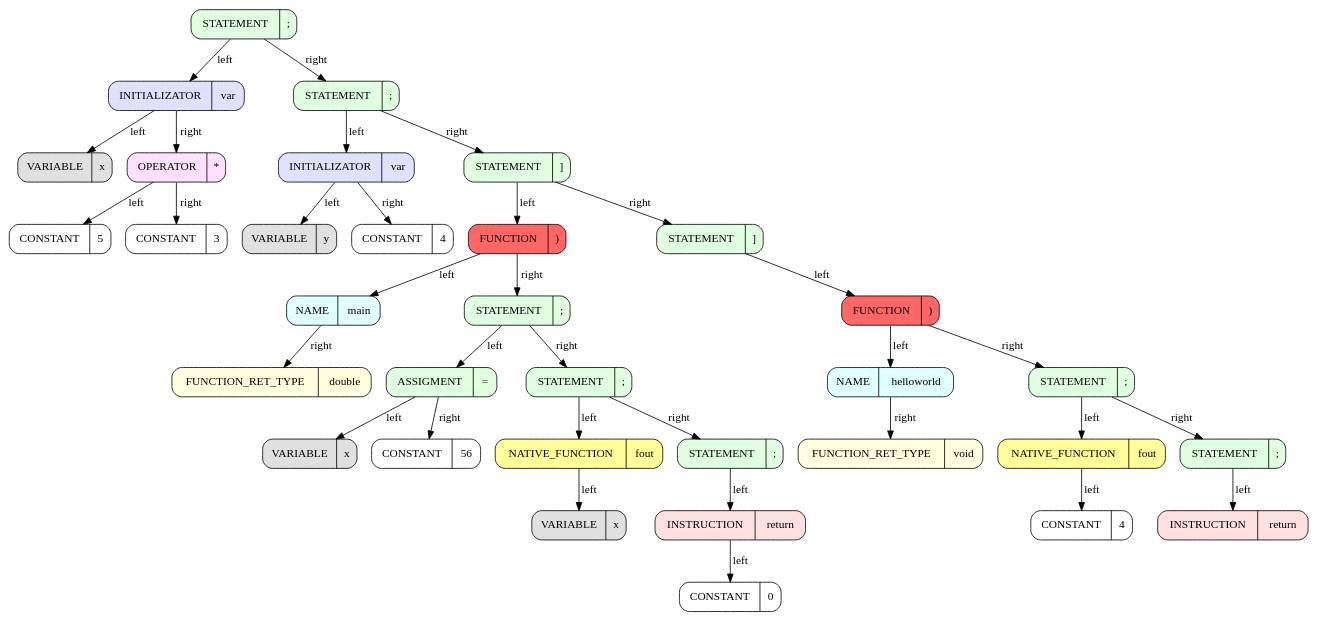
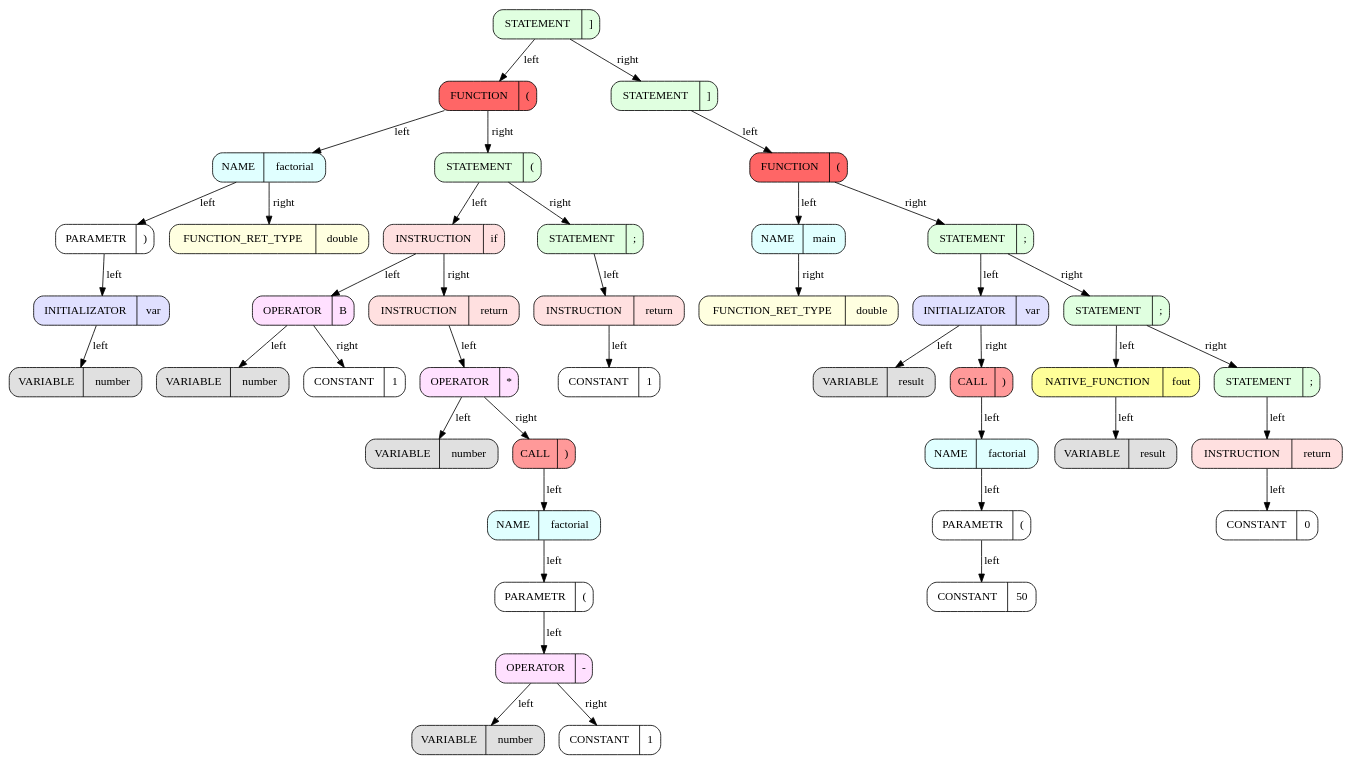
The diagram in FrontEnd/graphics/dot/kek.dot (ArsenySamoylov/Lang), drawn with Graphviz before and after one commit. The commit also changed 279 other files, not shown here.

```diff
--- a/FrontEnd/graphics/dot/kek.dot
+++ b/FrontEnd/graphics/dot/kek.dot
@@ -1,72 +1,88 @@
 ########################################################### SetDot
 digraph 
 {
 rankdir = TB # RANKDIR
-		node_0x61d0000002c0 [style = filled, fillcolor = "#E0FFE0", shape = Mrecord label =  "STATEMENT | {;}"]
-		node_0x61d0000001a0 [style = filled, fillcolor = "#E0E0FF", shape = Mrecord label =  "INITIALIZATOR | {var}"]
-		node_0x61d0000001d0 [style = filled, fillcolor = "#E0E0E0", shape = Mrecord label =  "VARIABLE | {x}"]
-		node_0x61d0000001a0 -> node_0x61d0000001d0 [label = "left"]
-		node_0x61d000000260 [style = filled, fillcolor = "#FFE0FF", shape = Mrecord label =  "OPERATOR | {*}"]
-		node_0x61d000000230 [style = filled, fillcolor = "#FFFFFF", shape = Mrecord label =  "CONSTANT | {5}"]
-		node_0x61d000000260 -> node_0x61d000000230 [label = "left"]
-		node_0x61d000000290 [style = filled, fillcolor = "#FFFFFF", shape = Mrecord label =  "CONSTANT | {3}"]
-		node_0x61d000000260 -> node_0x61d000000290 [label = "right"]
-		node_0x61d0000001a0 -> node_0x61d000000260 [label = "right"]
-		node_0x61d0000002c0 -> node_0x61d0000001a0 [label = "left"]
-		node_0x61d0000003b0 [style = filled, fillcolor = "#E0FFE0", shape = Mrecord label =  "STATEMENT | {;}"]
-		node_0x61d0000002f0 [style = filled, fillcolor = "#E0E0FF", shape = Mrecord label =  "INITIALIZATOR | {var}"]
-		node_0x61d000000320 [style = filled, fillcolor = "#E0E0E0", shape = Mrecord label =  "VARIABLE | {y}"]
-		node_0x61d0000002f0 -> node_0x61d000000320 [label = "left"]
-		node_0x61d000000380 [style = filled, fillcolor = "#FFFFFF", shape = Mrecord label =  "CONSTANT | {4}"]
-		node_0x61d0000002f0 -> node_0x61d000000380 [label = "right"]
-		node_0x61d0000003b0 -> node_0x61d0000002f0 [label = "left"]
-		node_0x61d0000006e0 [style = filled, fillcolor = "#E0FFE0", shape = Mrecord label =  "STATEMENT | {]}"]
-		node_0x61d000000470 [style = filled, fillcolor = "#FF6666", shape = Mrecord label =  "FUNCTION | {)}"]
-		node_0x61d000000410 [style = filled, fillcolor = "#E0FFFF", shape = Mrecord label =  "NAME | {main}"]
-		node_0x61d0000003e0 [style = filled, fillcolor = "#FFFFE0", shape = Mrecord label =  "FUNCTION_RET_TYPE | {double}"]
-		node_0x61d000000410 -> node_0x61d0000003e0 [label = "right"]
-		node_0x61d000000470 -> node_0x61d000000410 [label = "left"]
-		node_0x61d000000560 [style = filled, fillcolor = "#E0FFE0", shape = Mrecord label =  "STATEMENT | {;}"]
-		node_0x61d000000500 [style = filled, fillcolor = "#E0FFE0", shape = Mrecord label =  "ASSIGMENT | {=}"]
-		node_0x61d0000004d0 [style = filled, fillcolor = "#E0E0E0", shape = Mrecord label =  "VARIABLE | {x}"]
-		node_0x61d000000500 -> node_0x61d0000004d0 [label = "left"]
-		node_0x61d000000530 [style = filled, fillcolor = "#FFFFFF", shape = Mrecord label =  "CONSTANT | {56}"]
-		node_0x61d000000500 -> node_0x61d000000530 [label = "right"]
-		node_0x61d000000560 -> node_0x61d000000500 [label = "left"]
-		node_0x61d000000620 [style = filled, fillcolor = "#E0FFE0", shape = Mrecord label =  "STATEMENT | {;}"]
-		node_0x61d000000590 [style = filled, fillcolor = "#FFFF99", shape = Mrecord label =  "NATIVE_FUNCTION | {fout}"]
-		node_0x61d0000005f0 [style = filled, fillcolor = "#E0E0E0", shape = Mrecord label =  "VARIABLE | {x}"]
-		node_0x61d000000590 -> node_0x61d0000005f0 [label = "left"]
-		node_0x61d000000620 -> node_0x61d000000590 [label = "left"]
-		node_0x61d0000006b0 [style = filled, fillcolor = "#E0FFE0", shape = Mrecord label =  "STATEMENT | {;}"]
-		node_0x61d000000650 [style = filled, fillcolor = "#FFE0E0", shape = Mrecord label =  "INSTRUCTION | {return}"]
-		node_0x61d000000680 [style = filled, fillcolor = "#FFFFFF", shape = Mrecord label =  "CONSTANT | {0}"]
-		node_0x61d000000650 -> node_0x61d000000680 [label = "left"]
-		node_0x61d0000006b0 -> node_0x61d000000650 [label = "left"]
-		node_0x61d000000620 -> node_0x61d0000006b0 [label = "right"]
-		node_0x61d000000560 -> node_0x61d000000620 [label = "right"]
-		node_0x61d000000470 -> node_0x61d000000560 [label = "right"]
-		node_0x61d0000006e0 -> node_0x61d000000470 [label = "left"]
-		node_0x61d000000920 [style = filled, fillcolor = "#E0FFE0", shape = Mrecord label =  "STATEMENT | {]}"]
-		node_0x61d0000007a0 [style = filled, fillcolor = "#FF6666", shape = Mrecord label =  "FUNCTION | {)}"]
-		node_0x61d000000740 [style = filled, fillcolor = "#E0FFFF", shape = Mrecord label =  "NAME | {helloworld}"]
-		node_0x61d000000710 [style = filled, fillcolor = "#FFFFE0", shape = Mrecord label =  "FUNCTION_RET_TYPE | {void}"]
-		node_0x61d000000740 -> node_0x61d000000710 [label = "right"]
-		node_0x61d0000007a0 -> node_0x61d000000740 [label = "left"]
-		node_0x61d000000890 [style = filled, fillcolor = "#E0FFE0", shape = Mrecord label =  "STATEMENT | {;}"]
-		node_0x61d000000800 [style = filled, fillcolor = "#FFFF99", shape = Mrecord label =  "NATIVE_FUNCTION | {fout}"]
-		node_0x61d000000860 [style = filled, fillcolor = "#FFFFFF", shape = Mrecord label =  "CONSTANT | {4}"]
-		node_0x61d000000800 -> node_0x61d000000860 [label = "left"]
-		node_0x61d000000890 -> node_0x61d000000800 [label = "left"]
-		node_0x61d0000008f0 [style = filled, fillcolor = "#E0FFE0", shape = Mrecord label =  "STATEMENT | {;}"]
-		node_0x61d0000008c0 [style = filled, fillcolor = "#FFE0E0", shape = Mrecord label =  "INSTRUCTION | {return}"]
-		node_0x61d0000008f0 -> node_0x61d0000008c0 [label = "left"]
-		node_0x61d000000890 -> node_0x61d0000008f0 [label = "right"]
-		node_0x61d0000007a0 -> node_0x61d000000890 [label = "right"]
-		node_0x61d000000920 -> node_0x61d0000007a0 [label = "left"]
-		node_0x61d0000006e0 -> node_0x61d000000920 [label = "right"]
-		node_0x61d0000003b0 -> node_0x61d0000006e0 [label = "right"]
-		node_0x61d0000002c0 -> node_0x61d0000003b0 [label = "right"]
+		node_0x61e000000630 [style = filled, fillcolor = "#E0FFE0", shape = Mrecord label =  "STATEMENT | {]}"]
+		node_0x61e0000000f0 [style = filled, fillcolor = "#FF6666", shape = Mrecord label =  "FUNCTION | {(}"]
+		node_0x61e0000000b8 [style = filled, fillcolor = "#E0FFFF", shape = Mrecord label =  "NAME | {factorial}"]
+		node_0x61e000000198 [style = filled, fillcolor = "#FFFFFF", shape = Mrecord label =  "PARAMETR | {)}"]
+		node_0x61e000000128 [style = filled, fillcolor = "#E0E0FF", shape = Mrecord label =  "INITIALIZATOR | {var}"]
+		node_0x61e000000160 [style = filled, fillcolor = "#E0E0E0", shape = Mrecord label =  "VARIABLE | {number}"]
+		node_0x61e000000128 -> node_0x61e000000160 [label = "left"]
+		node_0x61e000000198 -> node_0x61e000000128 [label = "left"]
+		node_0x61e0000000b8 -> node_0x61e000000198 [label = "left"]
+		node_0x61e000000080 [style = filled, fillcolor = "#FFFFE0", shape = Mrecord label =  "FUNCTION_RET_TYPE | {double}"]
+		node_0x61e0000000b8 -> node_0x61e000000080 [label = "right"]
+		node_0x61e0000000f0 -> node_0x61e0000000b8 [label = "left"]
+		node_0x61e000000240 [style = filled, fillcolor = "#E0FFE0", shape = Mrecord label =  "STATEMENT | {(}"]
+		node_0x61e000000208 [style = filled, fillcolor = "#FFE0E0", shape = Mrecord label =  "INSTRUCTION | {if}"]
+		node_0x61e0000002b0 [style = filled, fillcolor = "#FFE0FF", shape = Mrecord label =  "OPERATOR | {B}"]
+		node_0x61e000000278 [style = filled, fillcolor = "#E0E0E0", shape = Mrecord label =  "VARIABLE | {number}"]
+		node_0x61e0000002b0 -> node_0x61e000000278 [label = "left"]
+		node_0x61e0000002e8 [style = filled, fillcolor = "#FFFFFF", shape = Mrecord label =  "CONSTANT | {1}"]
+		node_0x61e0000002b0 -> node_0x61e0000002e8 [label = "right"]
+		node_0x61e000000208 -> node_0x61e0000002b0 [label = "left"]
+		node_0x61e000000358 [style = filled, fillcolor = "#FFE0E0", shape = Mrecord label =  "INSTRUCTION | {return}"]
+		node_0x61e0000003c8 [style = filled, fillcolor = "#FFE0FF", shape = Mrecord label =  "OPERATOR | {*}"]
+		node_0x61e000000390 [style = filled, fillcolor = "#E0E0E0", shape = Mrecord label =  "VARIABLE | {number}"]
+		node_0x61e0000003c8 -> node_0x61e000000390 [label = "left"]
+		node_0x61e000000518 [style = filled, fillcolor = "#FF9999", shape = Mrecord label =  "CALL | {)}"]
+		node_0x61e000000400 [style = filled, fillcolor = "#E0FFFF", shape = Mrecord label =  "NAME | {factorial}"]
+		node_0x61e000000438 [style = filled, fillcolor = "#FFFFFF", shape = Mrecord label =  "PARAMETR | {(}"]
+		node_0x61e0000004a8 [style = filled, fillcolor = "#FFE0FF", shape = Mrecord label =  "OPERATOR | {-}"]
+		node_0x61e000000470 [style = filled, fillcolor = "#E0E0E0", shape = Mrecord label =  "VARIABLE | {number}"]
+		node_0x61e0000004a8 -> node_0x61e000000470 [label = "left"]
+		node_0x61e0000004e0 [style = filled, fillcolor = "#FFFFFF", shape = Mrecord label =  "CONSTANT | {1}"]
+		node_0x61e0000004a8 -> node_0x61e0000004e0 [label = "right"]
+		node_0x61e000000438 -> node_0x61e0000004a8 [label = "left"]
+		node_0x61e000000400 -> node_0x61e000000438 [label = "left"]
+		node_0x61e000000518 -> node_0x61e000000400 [label = "left"]
+		node_0x61e0000003c8 -> node_0x61e000000518 [label = "right"]
+		node_0x61e000000358 -> node_0x61e0000003c8 [label = "left"]
+		node_0x61e000000208 -> node_0x61e000000358 [label = "right"]
+		node_0x61e000000240 -> node_0x61e000000208 [label = "left"]
+		node_0x61e0000005f8 [style = filled, fillcolor = "#E0FFE0", shape = Mrecord label =  "STATEMENT | {;}"]
+		node_0x61e000000588 [style = filled, fillcolor = "#FFE0E0", shape = Mrecord label =  "INSTRUCTION | {return}"]
+		node_0x61e0000005c0 [style = filled, fillcolor = "#FFFFFF", shape = Mrecord label =  "CONSTANT | {1}"]
+		node_0x61e000000588 -> node_0x61e0000005c0 [label = "left"]
+		node_0x61e0000005f8 -> node_0x61e000000588 [label = "left"]
+		node_0x61e000000240 -> node_0x61e0000005f8 [label = "right"]
+		node_0x61e0000000f0 -> node_0x61e000000240 [label = "right"]
+		node_0x61e000000630 -> node_0x61e0000000f0 [label = "left"]
+		node_0x61e000000ac8 [style = filled, fillcolor = "#E0FFE0", shape = Mrecord label =  "STATEMENT | {]}"]
+		node_0x61e0000006d8 [style = filled, fillcolor = "#FF6666", shape = Mrecord label =  "FUNCTION | {(}"]
+		node_0x61e0000006a0 [style = filled, fillcolor = "#E0FFFF", shape = Mrecord label =  "NAME | {main}"]
+		node_0x61e000000668 [style = filled, fillcolor = "#FFFFE0", shape = Mrecord label =  "FUNCTION_RET_TYPE | {double}"]
+		node_0x61e0000006a0 -> node_0x61e000000668 [label = "right"]
+		node_0x61e0000006d8 -> node_0x61e0000006a0 [label = "left"]
+		node_0x61e000000908 [style = filled, fillcolor = "#E0FFE0", shape = Mrecord label =  "STATEMENT | {;}"]
+		node_0x61e000000780 [style = filled, fillcolor = "#E0E0FF", shape = Mrecord label =  "INITIALIZATOR | {var}"]
+		node_0x61e0000007b8 [style = filled, fillcolor = "#E0E0E0", shape = Mrecord label =  "VARIABLE | {result}"]
+		node_0x61e000000780 -> node_0x61e0000007b8 [label = "left"]
+		node_0x61e0000008d0 [style = filled, fillcolor = "#FF9999", shape = Mrecord label =  "CALL | {)}"]
+		node_0x61e000000828 [style = filled, fillcolor = "#E0FFFF", shape = Mrecord label =  "NAME | {factorial}"]
+		node_0x61e000000860 [style = filled, fillcolor = "#FFFFFF", shape = Mrecord label =  "PARAMETR | {(}"]
+		node_0x61e000000898 [style = filled, fillcolor = "#FFFFFF", shape = Mrecord label =  "CONSTANT | {50}"]
+		node_0x61e000000860 -> node_0x61e000000898 [label = "left"]
+		node_0x61e000000828 -> node_0x61e000000860 [label = "left"]
+		node_0x61e0000008d0 -> node_0x61e000000828 [label = "left"]
+		node_0x61e000000780 -> node_0x61e0000008d0 [label = "right"]
+		node_0x61e000000908 -> node_0x61e000000780 [label = "left"]
+		node_0x61e0000009e8 [style = filled, fillcolor = "#E0FFE0", shape = Mrecord label =  "STATEMENT | {;}"]
+		node_0x61e000000940 [style = filled, fillcolor = "#FFFF99", shape = Mrecord label =  "NATIVE_FUNCTION | {fout}"]
+		node_0x61e0000009b0 [style = filled, fillcolor = "#E0E0E0", shape = Mrecord label =  "VARIABLE | {result}"]
+		node_0x61e000000940 -> node_0x61e0000009b0 [label = "left"]
+		node_0x61e0000009e8 -> node_0x61e000000940 [label = "left"]
+		node_0x61e000000a90 [style = filled, fillcolor = "#E0FFE0", shape = Mrecord label =  "STATEMENT | {;}"]
+		node_0x61e000000a20 [style = filled, fillcolor = "#FFE0E0", shape = Mrecord label =  "INSTRUCTION | {return}"]
+		node_0x61e000000a58 [style = filled, fillcolor = "#FFFFFF", shape = Mrecord label =  "CONSTANT | {0}"]
+		node_0x61e000000a20 -> node_0x61e000000a58 [label = "left"]
+		node_0x61e000000a90 -> node_0x61e000000a20 [label = "left"]
+		node_0x61e0000009e8 -> node_0x61e000000a90 [label = "right"]
+		node_0x61e000000908 -> node_0x61e0000009e8 [label = "right"]
+		node_0x61e0000006d8 -> node_0x61e000000908 [label = "right"]
+		node_0x61e000000ac8 -> node_0x61e0000006d8 [label = "left"]
+		node_0x61e000000630 -> node_0x61e000000ac8 [label = "right"]
 ########################################################### SetEndDot
 
 }
```
